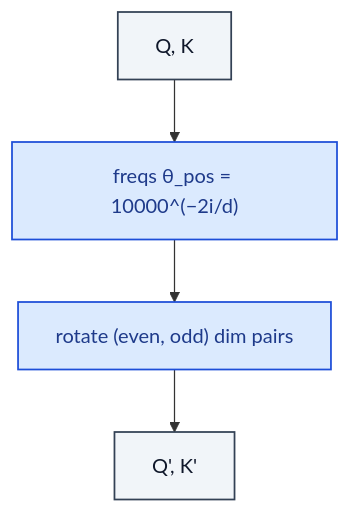
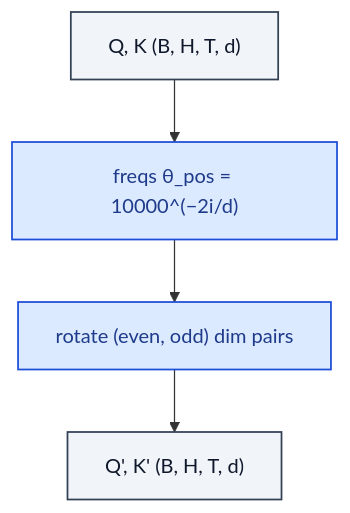
One commit to RealityShifts/Srivastava-book-of-Blocks-diagrams changed the diagram in attention/RotaryEmbedding.md. Above: the diagram before and after it, drawn with Mermaid. The commit also changed 123 other files, not shown here.

````diff
--- a/attention/RotaryEmbedding.md
+++ b/attention/RotaryEmbedding.md
@@ -7,19 +7,20 @@
 ```mermaid
 flowchart TD
-    n0_0["Q, K"]:::io
+    n0_0["Q, K  (B, H, T, d)"]:::io
     n1_0["freqs θ_pos = 10000^(−2i/d)"]:::op
     n2_0["rotate (even, odd) dim pairs"]:::op
-    n3_0["Q', K'"]:::io
+    n3_0["Q', K'  (B, H, T, d)"]:::io
     n0_0 --> n1_0
     n1_0 --> n2_0
     n2_0 --> n3_0
     classDef io fill:#f1f5f9,stroke:#334155,stroke-width:1.4px,color:#0f172a
     classDef op fill:#dbeafe,stroke:#1d4ed8,stroke-width:1.4px,color:#1e3a8a
     classDef norm fill:#dcfce7,stroke:#15803d,stroke-width:1.4px,color:#14532d
     classDef act fill:#ffedd5,stroke:#c2410c,stroke-width:1.4px,color:#7c2d12
     classDef attn fill:#ede9fe,stroke:#6d28d9,stroke-width:1.4px,color:#4c1d95
     classDef merge fill:#fef3c7,stroke:#b45309,stroke-width:1.4px,color:#78350f
     classDef emb fill:#fef9c3,stroke:#a16207,stroke-width:1.4px,color:#713f12
     classDef loss fill:#fee2e2,stroke:#b91c1c,stroke-width:1.4px,color:#7f1d1d
     classDef ctrl fill:#f5f5f4,stroke:#52525b,stroke-width:1.4px,color:#27272a
+    classDef ref fill:#e0f2fe,stroke:#0369a1,stroke-width:2px,color:#0c4a6e,stroke-dasharray: 4 2
 ```
````
